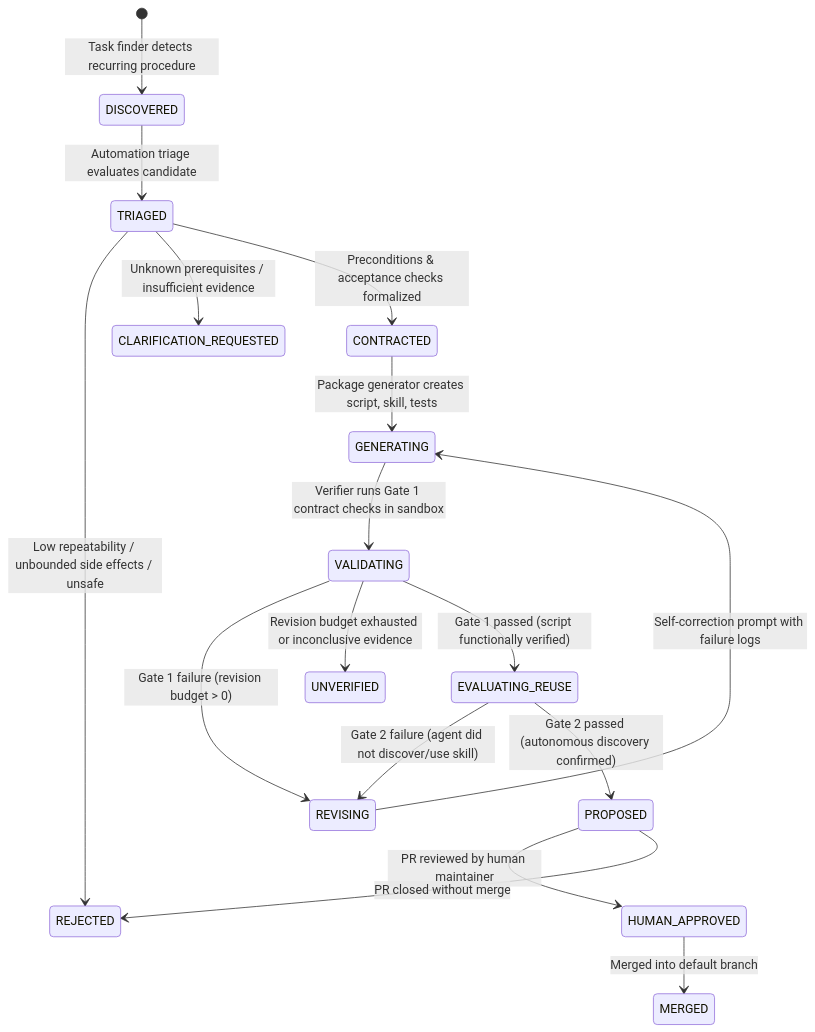
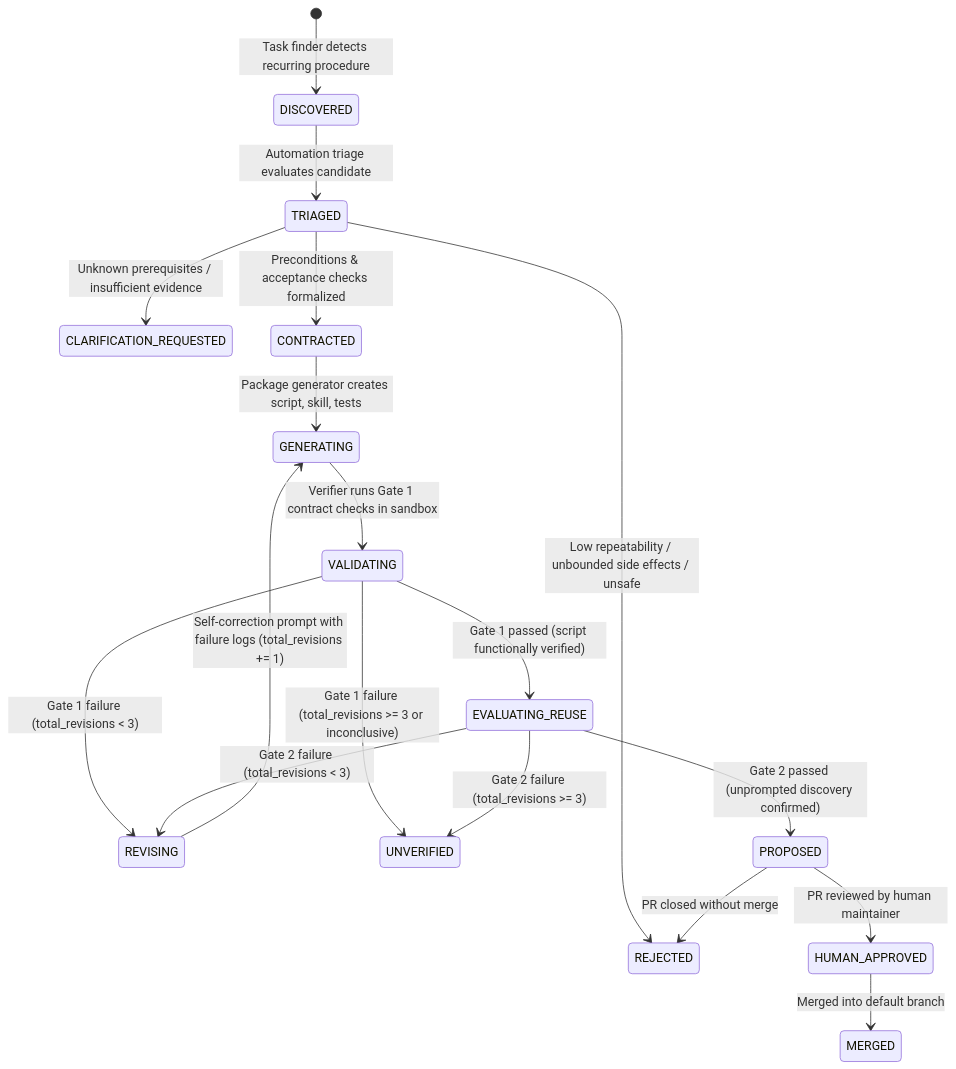
One commit to gcpuser1/maga-hackathon changed the second of 2 diagrams in docs/architecture/ARCHITECTURE.md. Above: the diagram before and after it, drawn with Mermaid. The commit also changed other lines of this file, not shown here.

Commit message:
docs: address PR #2 review feedback (demo consistency, JSON storage, sandboxing, Pydantic pipeline, bounded loop, empirical evidence)

````diff
--- a/docs/architecture/ARCHITECTURE.md
+++ b/docs/architecture/ARCHITECTURE.md
@@ -147,25 +230,28 @@
 ```mermaid
 stateDiagram-v2
     [*] --> DISCOVERED: Task finder detects recurring procedure
     DISCOVERED --> TRIAGED: Automation triage evaluates candidate
     
     TRIAGED --> REJECTED: Low repeatability / unbounded side effects / unsafe
     TRIAGED --> CLARIFICATION_REQUESTED: Unknown prerequisites / insufficient evidence
     TRIAGED --> CONTRACTED: Preconditions & acceptance checks formalized
     
     CONTRACTED --> GENERATING: Package generator creates script, skill, tests
     GENERATING --> VALIDATING: Verifier runs Gate 1 contract checks in sandbox
     
-    VALIDATING --> REVISING: Gate 1 failure (revision budget > 0)
-    REVISING --> GENERATING: Self-correction prompt with failure logs
-    VALIDATING --> UNVERIFIED: Revision budget exhausted or inconclusive evidence
+    VALIDATING --> REVISING: Gate 1 failure (total_revisions < 3)
+    VALIDATING --> UNVERIFIED: Gate 1 failure (total_revisions >= 3 or inconclusive)
     
     VALIDATING --> EVALUATING_REUSE: Gate 1 passed (script functionally verified)
     
-    EVALUATING_REUSE --> REVISING: Gate 2 failure (agent did not discover/use skill)
-    EVALUATING_REUSE --> PROPOSED: Gate 2 passed (autonomous discovery confirmed)
+    EVALUATING_REUSE --> REVISING: Gate 2 failure (total_revisions < 3)
+    EVALUATING_REUSE --> UNVERIFIED: Gate 2 failure (total_revisions >= 3)
+    
+    REVISING --> GENERATING: Self-correction prompt with failure logs (total_revisions += 1)
+    
+    EVALUATING_REUSE --> PROPOSED: Gate 2 passed (unprompted discovery confirmed)
     
     PROPOSED --> HUMAN_APPROVED: PR reviewed by human maintainer
     PROPOSED --> REJECTED: PR closed without merge
     HUMAN_APPROVED --> MERGED: Merged into default branch
 ```
````
